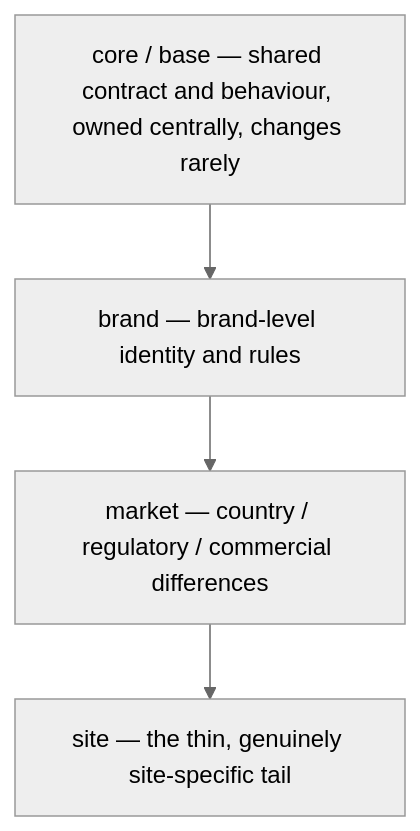
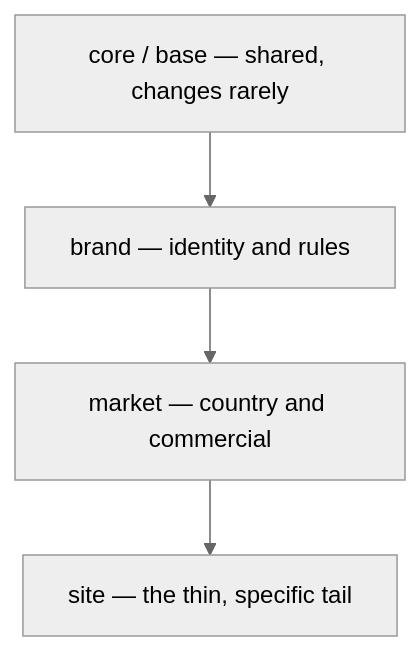
One commit to devmshuk/architect-site changed the diagram in content/studies/multi-brand-seams.md. Above: the diagram before and after it, drawn with Mermaid (neutral theme).

Commit message:
Tighten seams diagram labels for a cleaner layer stack
Shorten the cartridge-path node labels to one-liners so the vertical
stack no longer wraps into cramped multi-line boxes; the fuller
explanation already lives in the surrounding prose.

````diff
--- a/content/studies/multi-brand-seams.md
+++ b/content/studies/multi-brand-seams.md
@@ -46,8 +46,8 @@
 ```mermaid
 flowchart TB
-    CORE["core / base — shared contract and behaviour, owned centrally, changes rarely"]
-    BRAND["brand — brand-level identity and rules"]
-    MARKET["market — country / regulatory / commercial differences"]
-    SITE["site — the thin, genuinely site-specific tail"]
+    CORE["core / base — shared, changes rarely"]
+    BRAND["brand — identity and rules"]
+    MARKET["market — country and commercial"]
+    SITE["site — the thin, specific tail"]
     CORE --> BRAND --> MARKET --> SITE
 ```
````
